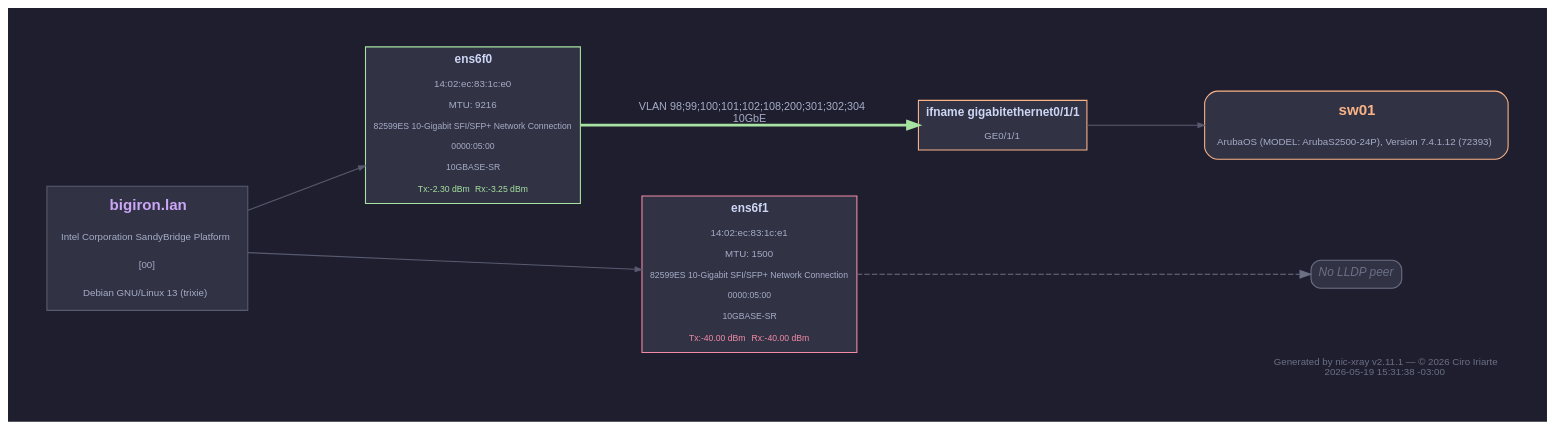
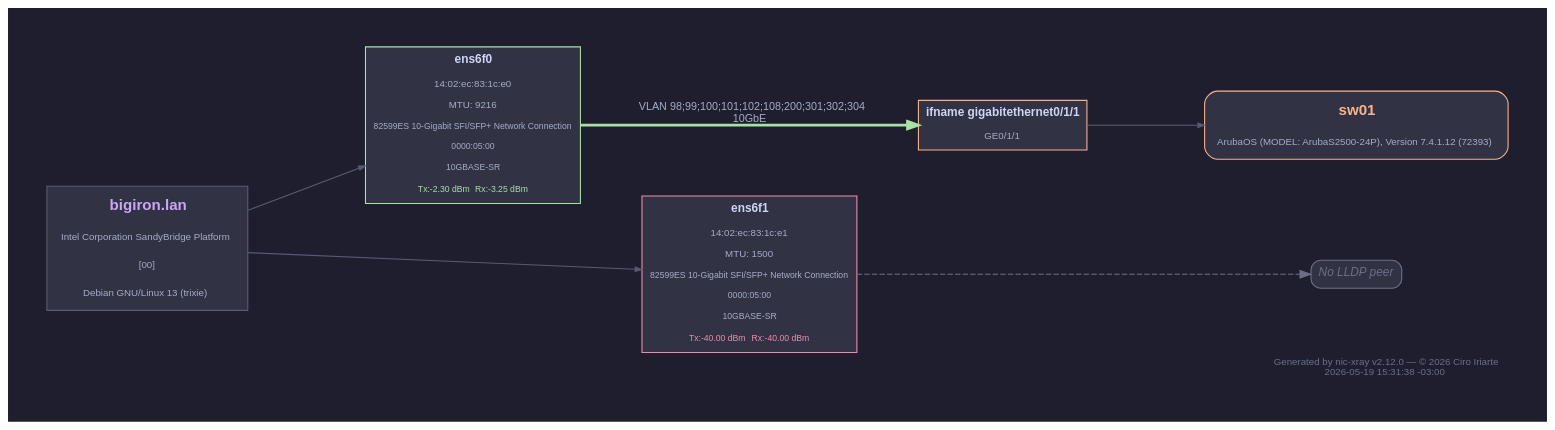
The diagram in samples/topology.dot (ciroiriarte/nic-xray), drawn with Graphviz before and after one commit. The commit also changed 21 other files, not shown here.

```diff
--- a/samples/topology.dot
+++ b/samples/topology.dot
@@ -1,77 +1,77 @@
 digraph nic_xray {
     rankdir=LR;
     bgcolor="#1e1e2e";
     fontname="Helvetica,Arial,sans-serif";
     fontcolor="#cdd6f4";
     pad="0.5";
     nodesep="0.6";
     ranksep="1.5";
     node [fontname="Helvetica,Arial,sans-serif", fontcolor="#cdd6f4", fontsize=11];
     edge [fontname="Helvetica,Arial,sans-serif", fontcolor="#a6adc8", fontsize=10];
-    label=<<FONT POINT-SIZE="9" COLOR="#6c7086">Generated by nic-xray v2.11.1 &mdash; &copy; 2026 Ciro Iriarte<BR/>2026-05-19 15:31:38 -03:00</FONT>>;
+    label=<<FONT POINT-SIZE="9" COLOR="#6c7086">Generated by nic-xray v2.12.0 &mdash; &copy; 2026 Ciro Iriarte<BR/>2026-05-19 15:31:38 -03:00</FONT>>;
     labeljust=r;
     labelloc=b;
 
     server [shape=plain, label=<
         <TABLE BORDER="1" CELLBORDER="0" CELLSPACING="4" CELLPADDING="6" BGCOLOR="#313244" COLOR="#585b70">
         <TR><TD COLSPAN="2"><FONT POINT-SIZE="14" COLOR="#cba6f7"><B>bigiron.lan</B></FONT></TD></TR>
         <TR><TD COLSPAN="2"><FONT POINT-SIZE="9" COLOR="#a6adc8">Intel Corporation SandyBridge Platform</FONT></TD></TR>
         <TR><TD COLSPAN="2"><FONT POINT-SIZE="9" COLOR="#a6adc8">[00]</FONT></TD></TR>
         <TR><TD COLSPAN="2"><FONT POINT-SIZE="9" COLOR="#a6adc8">Debian GNU/Linux 13 (trixie)</FONT></TD></TR>
         </TABLE>
     >];
 
     ens6f0 [shape=plain, label=<
         <TABLE BORDER="1" CELLBORDER="0" CELLSPACING="2" CELLPADDING="4" BGCOLOR="#313244" COLOR="#a6e3a1">
         <TR><TD><FONT COLOR="#cdd6f4"><B>ens6f0</B></FONT></TD></TR>
         <TR><TD><FONT POINT-SIZE="9" COLOR="#a6adc8">14:02:ec:83:1c:e0</FONT></TD></TR>
         <TR><TD><FONT POINT-SIZE="9" COLOR="#a6adc8">MTU: 9216</FONT></TD></TR>
         <TR><TD><FONT POINT-SIZE="8" COLOR="#a6adc8">82599ES 10-Gigabit SFI/SFP+ Network Connection</FONT></TD></TR>
         <TR><TD><FONT POINT-SIZE="8" COLOR="#a6adc8">0000:05:00</FONT></TD></TR>
         <TR><TD><FONT POINT-SIZE="8" COLOR="#a6adc8">10GBASE-SR</FONT></TD></TR>
         <TR><TD><FONT POINT-SIZE="8" COLOR="#a6e3a1">Tx:-2.30 dBm</FONT> <FONT POINT-SIZE="8" COLOR="#a6e3a1">Rx:-3.25 dBm</FONT></TD></TR>
         </TABLE>
     >];
 
     ens6f1 [shape=plain, label=<
         <TABLE BORDER="1" CELLBORDER="0" CELLSPACING="2" CELLPADDING="4" BGCOLOR="#313244" COLOR="#f38ba8">
         <TR><TD><FONT COLOR="#cdd6f4"><B>ens6f1</B></FONT></TD></TR>
         <TR><TD><FONT POINT-SIZE="9" COLOR="#a6adc8">14:02:ec:83:1c:e1</FONT></TD></TR>
         <TR><TD><FONT POINT-SIZE="9" COLOR="#a6adc8">MTU: 1500</FONT></TD></TR>
         <TR><TD><FONT POINT-SIZE="8" COLOR="#a6adc8">82599ES 10-Gigabit SFI/SFP+ Network Connection</FONT></TD></TR>
         <TR><TD><FONT POINT-SIZE="8" COLOR="#a6adc8">0000:05:00</FONT></TD></TR>
         <TR><TD><FONT POINT-SIZE="8" COLOR="#a6adc8">10GBASE-SR</FONT></TD></TR>
         <TR><TD><FONT POINT-SIZE="8" COLOR="#f38ba8">Tx:-40.00 dBm</FONT> <FONT POINT-SIZE="8" COLOR="#f38ba8">Rx:-40.00 dBm</FONT></TD></TR>
         </TABLE>
     >];
 
     swport_sw01_ifname_gigabitethernet0_1_1 [shape=plain, label=<
         <TABLE BORDER="1" CELLBORDER="0" CELLSPACING="2" CELLPADDING="4" BGCOLOR="#313244" COLOR="#fab387">
         <TR><TD><FONT COLOR="#cdd6f4"><B>ifname gigabitethernet0/1/1</B></FONT></TD></TR>
         <TR><TD><FONT POINT-SIZE="9" COLOR="#a6adc8">GE0/1/1</FONT></TD></TR>
         </TABLE>
     >];
 
     sw_sw01 [shape=plain, label=<
         <TABLE BORDER="1" CELLBORDER="0" CELLSPACING="4" CELLPADDING="6" BGCOLOR="#313244" COLOR="#fab387" STYLE="ROUNDED">
         <TR><TD><FONT POINT-SIZE="14" COLOR="#fab387"><B>sw01</B></FONT></TD></TR>
         <TR><TD><FONT POINT-SIZE="9" COLOR="#a6adc8">ArubaOS (MODEL: ArubaS2500-24P), Version 7.4.1.12 (72393)</FONT></TD></TR>
         </TABLE>
     >];
 
     no_lldp_peer [shape=plain, label=<
         <TABLE BORDER="1" CELLBORDER="0" CELLSPACING="2" CELLPADDING="4" BGCOLOR="#313244" COLOR="#6c7086" STYLE="ROUNDED">
         <TR><TD><FONT COLOR="#6c7086"><I>No LLDP peer</I></FONT></TD></TR>
         </TABLE>
     >];
 
     server -> ens6f0 [color="#585b70", penwidth=1.0, arrowsize=0.6];
     server -> ens6f1 [color="#585b70", penwidth=1.0, arrowsize=0.6];
 
     ens6f0 -> swport_sw01_ifname_gigabitethernet0_1_1 [label=<VLAN 98;99;100;101;102;108;200;301;302;304<BR/>10GbE>, penwidth=2.5, color="#a6e3a1", fontcolor="#a6adc8"];
     ens6f1 -> no_lldp_peer [style=dashed, color="#6c7086", fontcolor="#6c7086", penwidth=1.0];
     swport_sw01_ifname_gigabitethernet0_1_1 -> sw_sw01 [color="#585b70", penwidth=1.0, arrowsize=0.6];
 
     { rank=min; server; }
     { rank=max; sw_sw01; no_lldp_peer; }
 }
```
